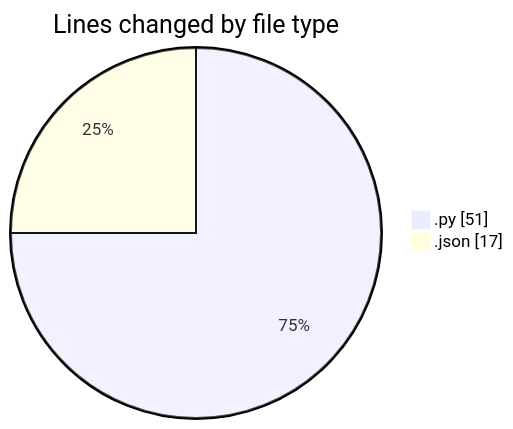
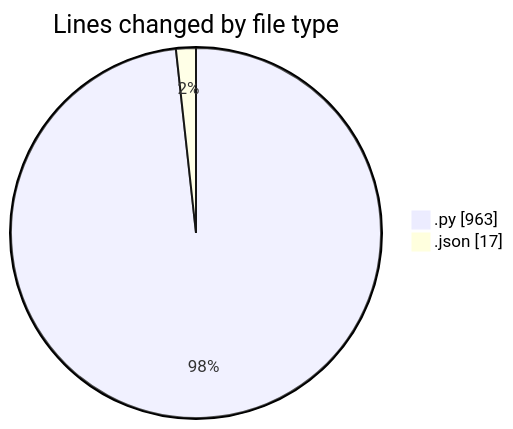
Before and after one commit to MatusMokan/code-tracking: the first of 2 diagrams in 2025-02-28/myws__workspace_/README.md, drawn with Mermaid. The commit also changed other lines of this file and 1 other file, not shown here.

````diff
--- a/2025-02-28/myws__workspace_/README.md
+++ b/2025-02-28/myws__workspace_/README.md
@@ -21,6 +22,6 @@
 ```mermaid
 pie showData
 title Lines changed by file type
-".py" : 51
+".py" : 963
 ".json" : 17
 ```
````
